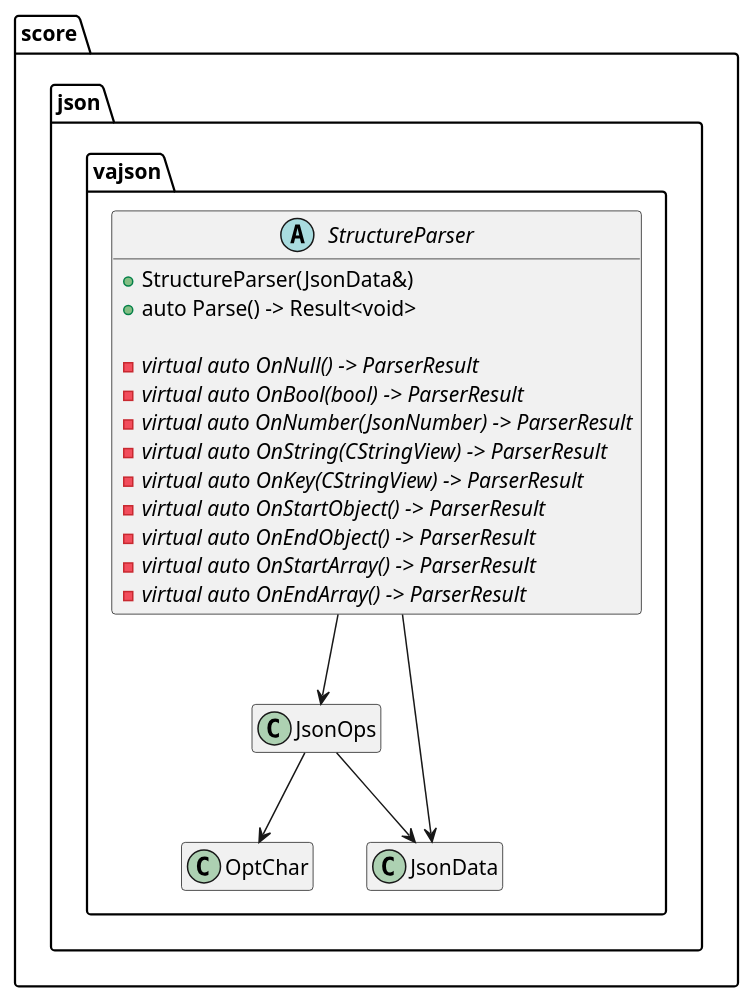
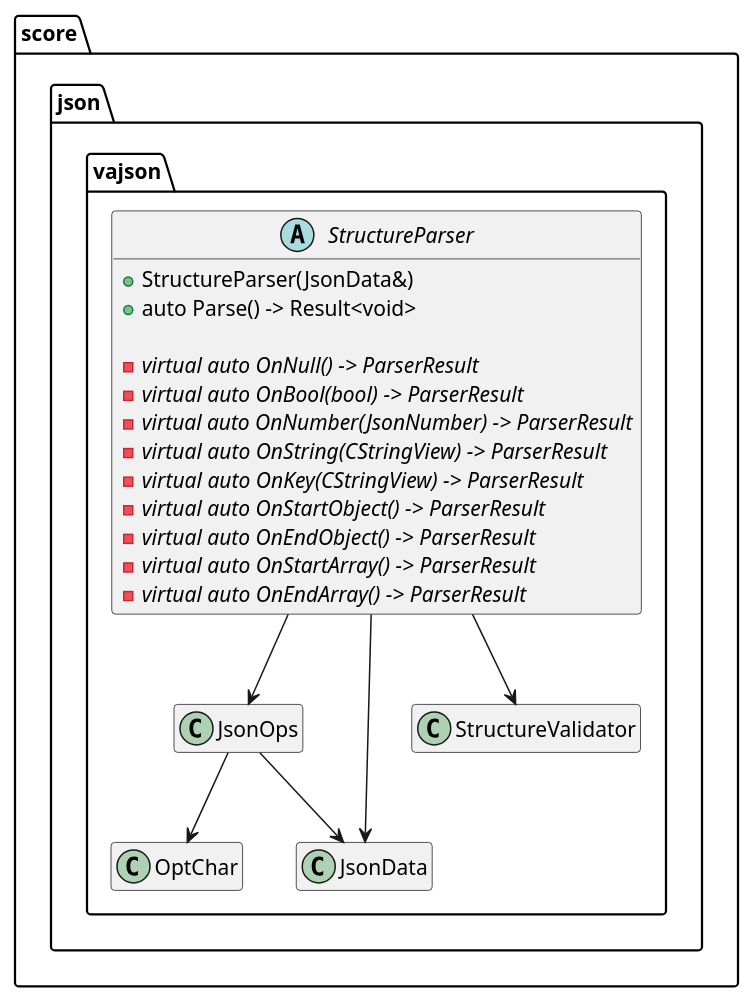
The first of 3 diagrams in score/json/docs/vajson/detailed_design/logical/Reader.rst (eclipse-score/baselibs), drawn with PlantUML before and after one commit. The commit also changed other lines of this file and 14 other files, not shown here.

First line of the commit message:
json parser: replace DepthCounter with a StructureValidator owned by the parser

```diff
--- a/score/json/docs/vajson/detailed_design/logical/Reader.rst
+++ b/score/json/docs/vajson/detailed_design/logical/Reader.rst
@@ -88,39 +88,43 @@
 .. uml::
 
     @startuml
     hide empty members
 
     package "score" {
       package "json" {
         package "vajson" {
           abstract class StructureParser {
             + StructureParser(JsonData&)
             + auto Parse() -> Result<void>
 
             - {abstract} virtual auto OnNull() -> ParserResult
             - {abstract} virtual auto OnBool(bool) -> ParserResult
             - {abstract} virtual auto OnNumber(JsonNumber) -> ParserResult
             - {abstract} virtual auto OnString(CStringView) -> ParserResult
             - {abstract} virtual auto OnKey(CStringView) -> ParserResult
             - {abstract} virtual auto OnStartObject() -> ParserResult
             - {abstract} virtual auto OnEndObject() -> ParserResult
             - {abstract} virtual auto OnStartArray() -> ParserResult
             - {abstract} virtual auto OnEndArray() -> ParserResult
           }
 
           class OptChar {}
 
           class JsonOps {}
 
           class JsonData {}
+
+          class StructureValidator {}
         }
       }
     }
 
     StructureParser --> JsonOps
 
+    StructureParser --> StructureValidator
+
     StructureParser --> JsonData
 
     JsonOps --> JsonData
     JsonOps --> OptChar
     @enduml
```
